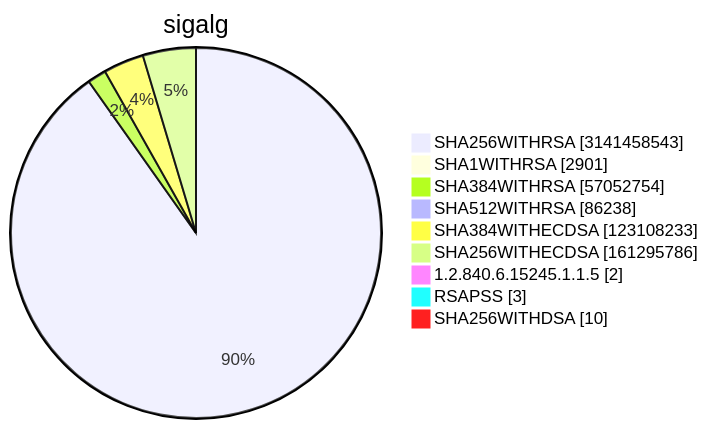
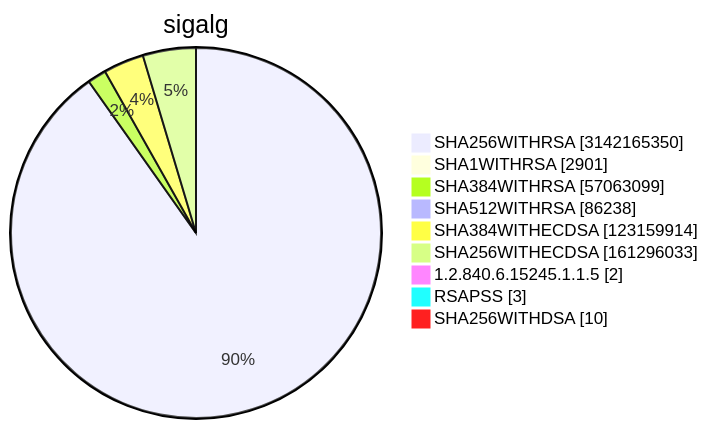
One commit to christiankrug/ctmonitor_visualization changed diagram 15 of 15 in TOTAL/README.md. Above: the diagram before and after it, drawn with Mermaid. The commit also changed other lines of this file, not shown here.

````diff
--- a/TOTAL/README.md
+++ b/TOTAL/README.md
@@ -6213,13 +6213,13 @@
 ```mermaid
 pie showData
 title sigalg
-"SHA256WITHRSA" :3141458543
+"SHA256WITHRSA" :3142165350
 "SHA1WITHRSA" :2901
-"SHA384WITHRSA" :57052754
+"SHA384WITHRSA" :57063099
 "SHA512WITHRSA" :86238
-"SHA384WITHECDSA" :123108233
-"SHA256WITHECDSA" :161295786
+"SHA384WITHECDSA" :123159914
+"SHA256WITHECDSA" :161296033
 "1.2.840.6.15245.1.1.5" :2
 "RSAPSS" :3
 "SHA256WITHDSA" :10
 ```
````
